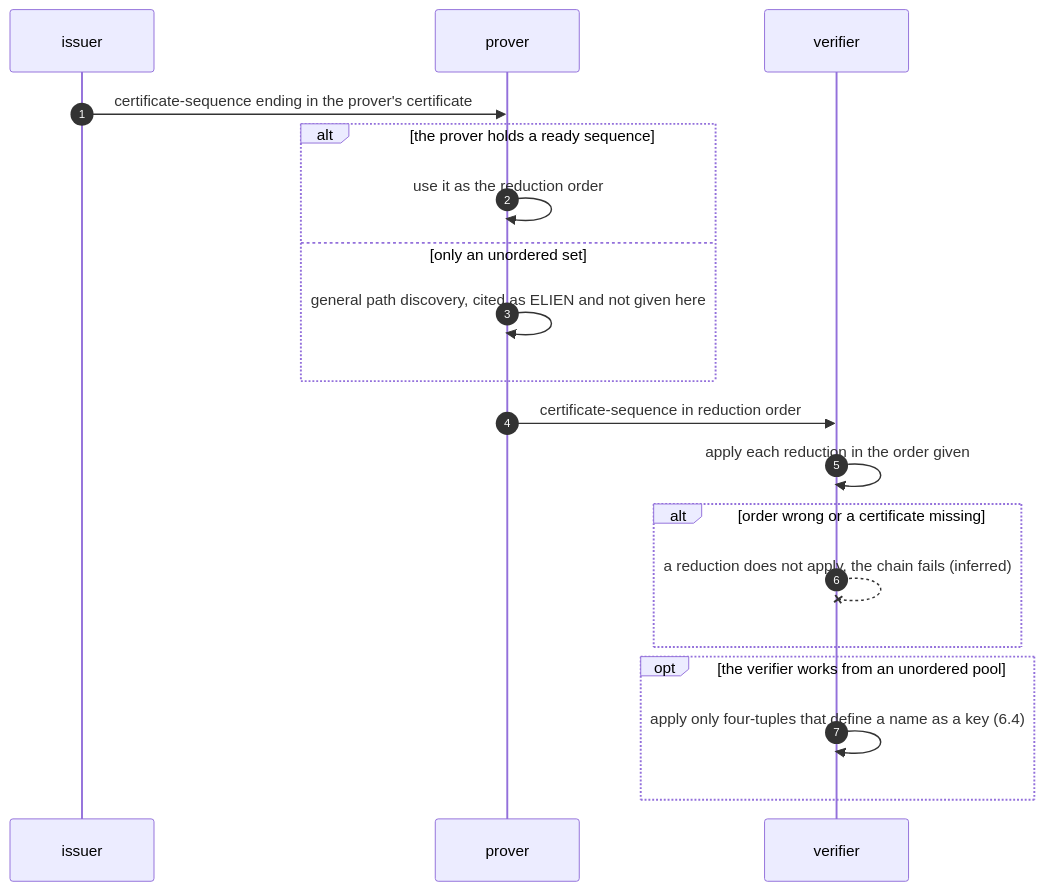
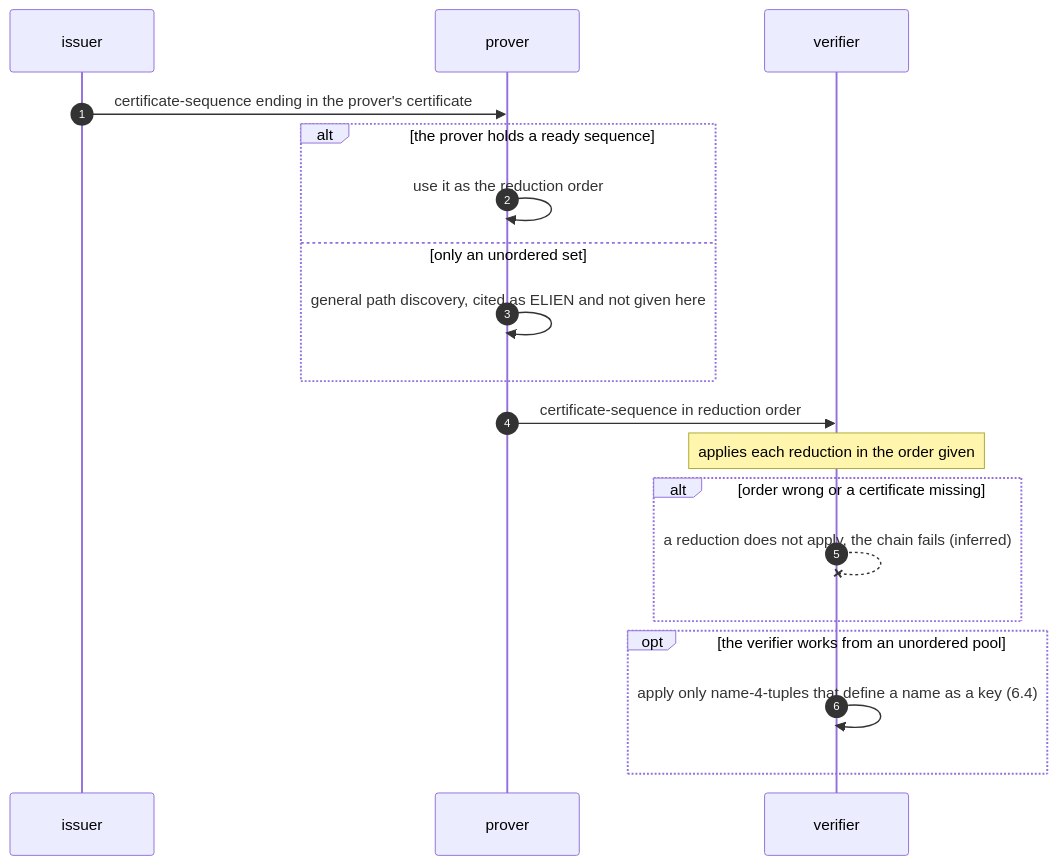
The third of 25 diagrams in records/ietf/rfc-2693/distilled/protocol.md (m-of-n/library), drawn with Mermaid before and after one commit. The commit also changed other lines of this file and 8 other files, not shown here.

````diff
--- a/records/ietf/rfc-2693/distilled/protocol.md
+++ b/records/ietf/rfc-2693/distilled/protocol.md
@@ -190,21 +189,21 @@
 ```mermaid
 sequenceDiagram
   autonumber
   participant I as issuer
   participant P as prover
   participant V as verifier
   I->>P: certificate-sequence ending in the prover's certificate
   alt the prover holds a ready sequence
     P->>P: use it as the reduction order
   else only an unordered set
     P->>P: general path discovery, cited as ELIEN and not given here
   end
   P->>V: certificate-sequence in reduction order
-  V->>V: apply each reduction in the order given
+  Note over V: applies each reduction in the order given
   alt order wrong or a certificate missing
     V--xV: a reduction does not apply, the chain fails (inferred)
   end
   opt the verifier works from an unordered pool
-    V->>V: apply only four-tuples that define a name as a key (6.4)
+    V->>V: apply only name-4-tuples that define a name as a key (6.4)
   end
 ```
````
